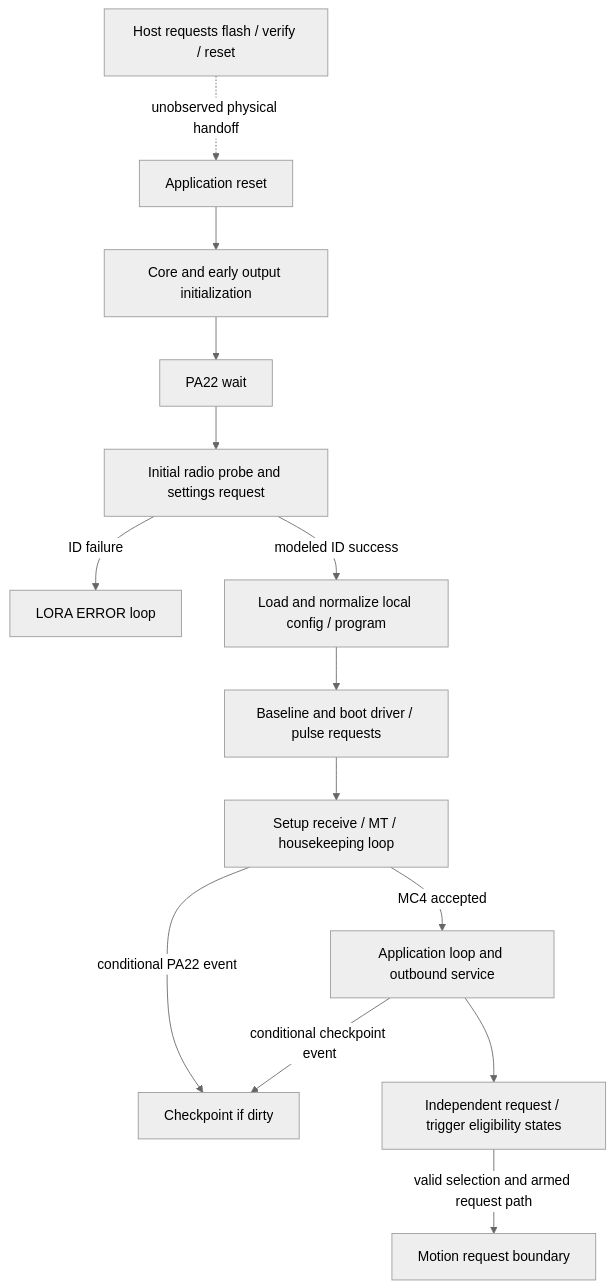
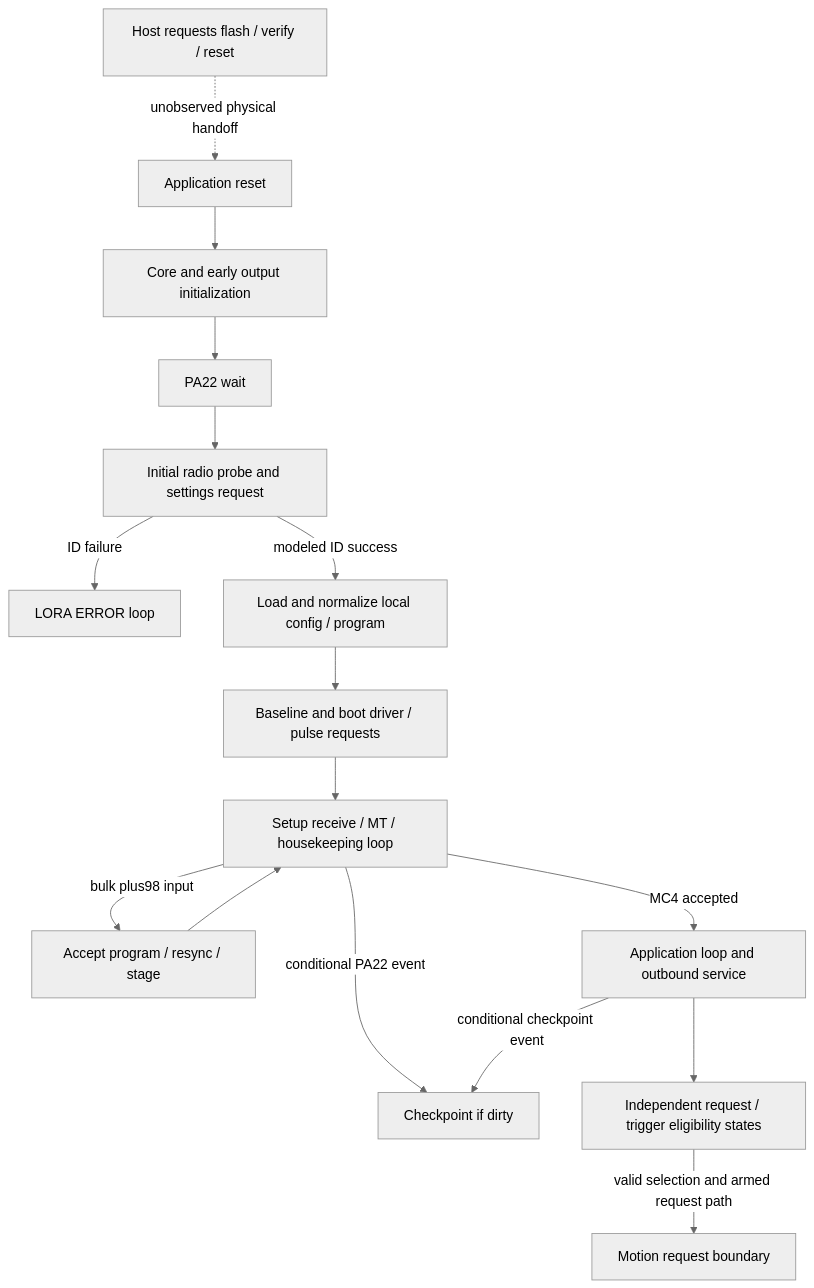
The diagram in cases/performing-rigs/docs/investigations/autopilot-bring-up-pass1.md (rocketmark/aptrace), drawn with Mermaid (neutral theme) before and after one commit. The commit also changed other lines of this file and 59 other files, not shown here.

Commit message:
pass 2 at the bring up timeline

````diff
--- a/cases/performing-rigs/docs/investigations/autopilot-bring-up-pass1.md
+++ b/cases/performing-rigs/docs/investigations/autopilot-bring-up-pass1.md
@@ -160,16 +180,18 @@
 ```mermaid
 flowchart TD
   H[Host requests flash / verify / reset] -. unobserved physical handoff .-> R[Application reset]
   R --> I[Core and early output initialization]
   I --> P[PA22 wait]
   P --> Q[Initial radio probe and settings request]
   Q -->|ID failure| E[LORA ERROR loop]
   Q -->|modeled ID success| C[Load and normalize local config / program]
   C --> B[Baseline and boot driver / pulse requests]
   B --> W[Setup receive / MT / housekeeping loop]
+  W -->|bulk plus98 input| PG[Accept program / resync / stage]
+  PG --> W
   W -->|MC4 accepted| L[Application loop and outbound service]
   W -->|conditional PA22 event| S[Checkpoint if dirty]
   L -->|conditional checkpoint event| S
   L --> G[Independent request / trigger eligibility states]
   G -->|valid selection and armed request path| M[Motion request boundary]
 ```
````
